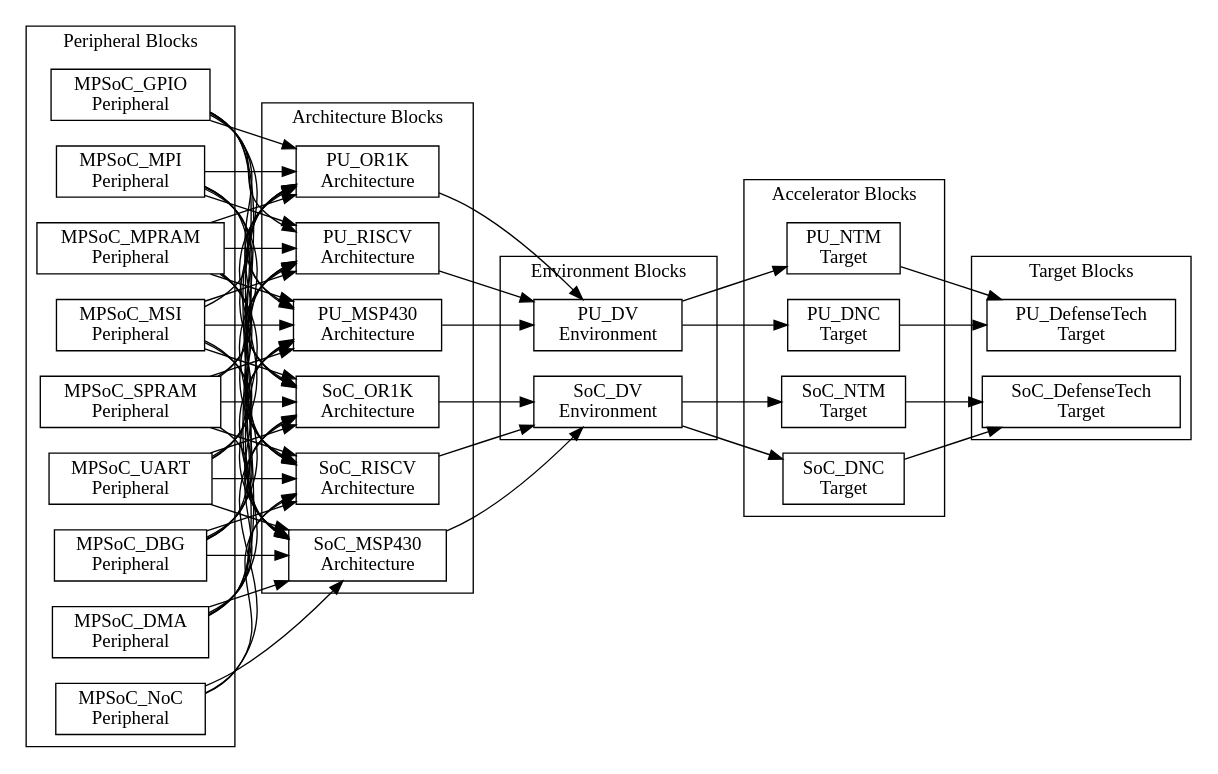
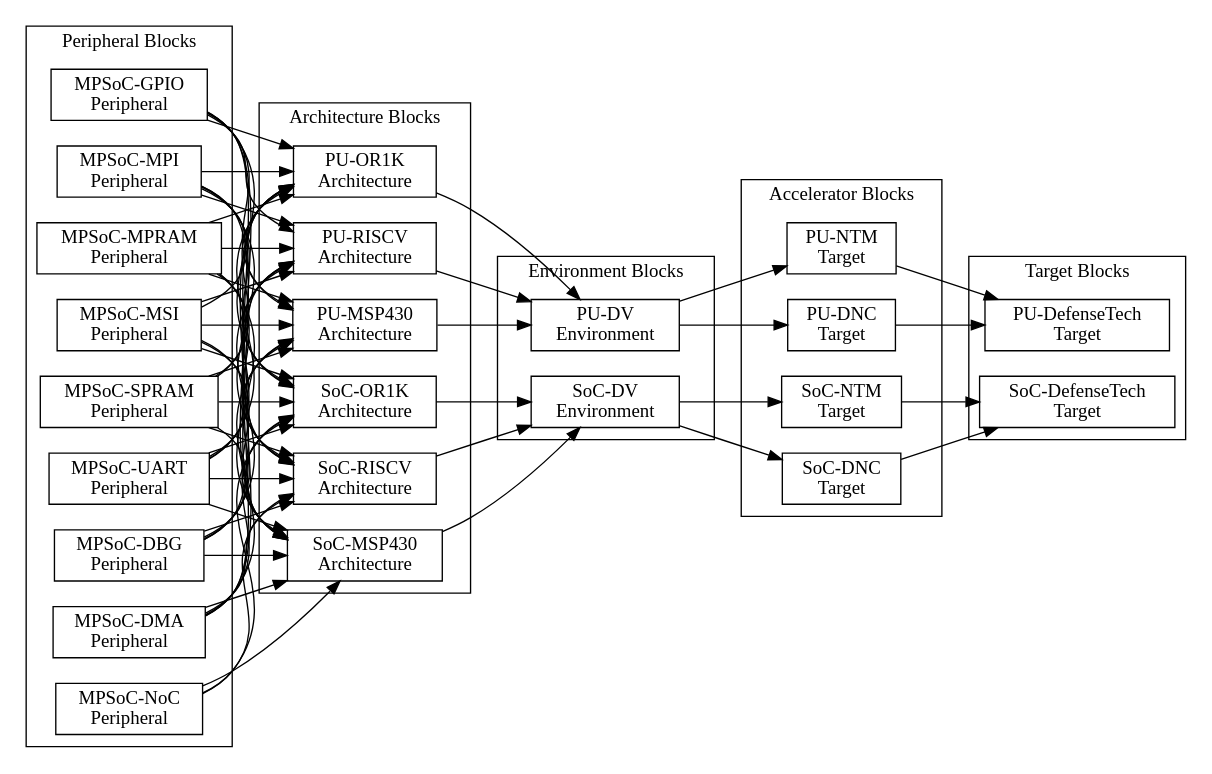
Before and after one commit to PacoReinaCampo/SoC-RTOS: the diagram in doc/acceleration/assets/chapter5/dependences-soc-defensetech.dot, drawn with Graphviz. The commit also changed 57 other files, not shown here.

```diff
--- a/doc/acceleration/assets/chapter5/dependences-soc-defensetech.dot
+++ b/doc/acceleration/assets/chapter5/dependences-soc-defensetech.dot
@@ -1,132 +1,132 @@
 digraph Project {
   // Introduction
   graph [rankdir = LR];
   node[shape=record];
 
   // Peripheral Blocks
   subgraph "cluster PeripheralBlocks" { label = "Peripheral Blocks";
-    MPSoC_DBG[label="MPSoC_DBG \nPeripheral"];
-    MPSoC_DMA[label="MPSoC_DMA \nPeripheral"];
-    MPSoC_GPIO[label="MPSoC_GPIO \nPeripheral"];
-    MPSoC_MPI[label="MPSoC_MPI \nPeripheral"];
-    MPSoC_MPRAM[label="MPSoC_MPRAM \nPeripheral"];
-    MPSoC_MSI[label="MPSoC_MSI \nPeripheral"];
-    MPSoC_NoC[label="MPSoC_NoC \nPeripheral"];
-    MPSoC_SPRAM[label="MPSoC_SPRAM \nPeripheral"];
-    MPSoC_UART[label="MPSoC_UART \nPeripheral"];
+    MPSoC_DBG[label="MPSoC-DBG \nPeripheral"];
+    MPSoC_DMA[label="MPSoC-DMA \nPeripheral"];
+    MPSoC_GPIO[label="MPSoC-GPIO \nPeripheral"];
+    MPSoC_MPI[label="MPSoC-MPI \nPeripheral"];
+    MPSoC_MPRAM[label="MPSoC-MPRAM \nPeripheral"];
+    MPSoC_MSI[label="MPSoC-MSI \nPeripheral"];
+    MPSoC_NoC[label="MPSoC-NoC \nPeripheral"];
+    MPSoC_SPRAM[label="MPSoC-SPRAM \nPeripheral"];
+    MPSoC_UART[label="MPSoC-UART \nPeripheral"];
   }
 
   // Architecture Blocks
   subgraph "cluster ArchitectureBlocks" { label = "Architecture Blocks";
-    SoC_MSP430[label="SoC_MSP430 \nArchitecture"];
-    SoC_OR1K[label="SoC_OR1K \nArchitecture"];
-    SoC_RISCV[label="SoC_RISCV \nArchitecture"];
-    PU_MSP430[label="PU_MSP430 \nArchitecture"];
-    PU_OR1K[label="PU_OR1K \nArchitecture"];
-    PU_RISCV[label="PU_RISCV \nArchitecture"];
+    SoC_MSP430[label="SoC-MSP430 \nArchitecture"];
+    SoC_OR1K[label="SoC-OR1K \nArchitecture"];
+    SoC_RISCV[label="SoC-RISCV \nArchitecture"];
+    PU_MSP430[label="PU-MSP430 \nArchitecture"];
+    PU_OR1K[label="PU-OR1K \nArchitecture"];
+    PU_RISCV[label="PU-RISCV \nArchitecture"];
   }
 
   // Environment Blocks
   subgraph "cluster EnvironmentBlocks" { label = "Environment Blocks";
-    SoC_DV[label="SoC_DV \nEnvironment"];
-    PU_DV[label="PU_DV \nEnvironment"];
+    SoC_DV[label="SoC-DV \nEnvironment"];
+    PU_DV[label="PU-DV \nEnvironment"];
   }
 
   // Accelerator Blocks
   subgraph "cluster AcceleratorBlocks" { label = "Accelerator Blocks";
-    SoC_NTM[label="SoC_NTM \nTarget"];
-    PU_NTM[label="PU_NTM \nTarget"];
+    SoC_NTM[label="SoC-NTM \nTarget"];
+    PU_NTM[label="PU-NTM \nTarget"];
   
-  SoC_DNC[label="SoC_DNC \nTarget"];
-    PU_DNC[label="PU_DNC \nTarget"];
+  SoC_DNC[label="SoC-DNC \nTarget"];
+    PU_DNC[label="PU-DNC \nTarget"];
   }
 
   // Target Blocks
   subgraph "cluster TargetBlocks" { label = "Target Blocks";
-    SoC_DefenseTech[label="SoC_DefenseTech \nTarget"];
-    PU_DefenseTech[label="PU_DefenseTech \nTarget"];
+    SoC_DefenseTech[label="SoC-DefenseTech \nTarget"];
+    PU_DefenseTech[label="PU-DefenseTech \nTarget"];
   }
 
   // Peripheral -> Architecture
   MPSoC_DBG -> SoC_MSP430;
   MPSoC_DMA -> SoC_MSP430;
   MPSoC_GPIO -> SoC_MSP430;
   MPSoC_MPI -> SoC_MSP430;
   MPSoC_MPRAM -> SoC_MSP430;
   MPSoC_MSI -> SoC_MSP430;
   MPSoC_NoC -> SoC_MSP430;
   MPSoC_SPRAM -> SoC_MSP430;
   MPSoC_UART -> SoC_MSP430;
 
   MPSoC_DBG -> PU_MSP430;
   MPSoC_DMA -> PU_MSP430;
   MPSoC_GPIO -> PU_MSP430;
   MPSoC_MPI -> PU_MSP430;
   MPSoC_MPRAM -> PU_MSP430;
   MPSoC_MSI -> PU_MSP430;
   MPSoC_SPRAM -> PU_MSP430;
   MPSoC_UART -> PU_MSP430;
 
 
   MPSoC_DBG -> SoC_OR1K;
   MPSoC_DMA -> SoC_OR1K;
   MPSoC_GPIO -> SoC_OR1K;
   MPSoC_MPI -> SoC_OR1K;
   MPSoC_MPRAM -> SoC_OR1K;
   MPSoC_MSI -> SoC_OR1K;
   MPSoC_NoC -> SoC_OR1K;
   MPSoC_SPRAM -> SoC_OR1K;
   MPSoC_UART -> SoC_OR1K;
 
   MPSoC_DBG -> PU_OR1K;
   MPSoC_DMA -> PU_OR1K;
   MPSoC_GPIO -> PU_OR1K;
   MPSoC_MPI -> PU_OR1K;
   MPSoC_MPRAM -> PU_OR1K;
   MPSoC_MSI -> PU_OR1K;
   MPSoC_SPRAM -> PU_OR1K;
   MPSoC_UART -> PU_OR1K;
 
 
   MPSoC_DBG -> SoC_RISCV;
   MPSoC_DMA -> SoC_RISCV;
   MPSoC_GPIO -> SoC_RISCV;
   MPSoC_MPI -> SoC_RISCV;
   MPSoC_MPRAM -> SoC_RISCV;
   MPSoC_MSI -> SoC_RISCV;
   MPSoC_NoC -> SoC_RISCV;
   MPSoC_SPRAM -> SoC_RISCV;
   MPSoC_UART -> SoC_RISCV;
 
   MPSoC_DBG -> PU_RISCV;
   MPSoC_DMA -> PU_RISCV;
   MPSoC_GPIO -> PU_RISCV;
   MPSoC_MPI -> PU_RISCV;
   MPSoC_MPRAM -> PU_RISCV;
   MPSoC_MSI -> PU_RISCV;
   MPSoC_SPRAM -> PU_RISCV;
   MPSoC_UART -> PU_RISCV;
 
   // Architecture -> Environment
   PU_MSP430 -> PU_DV;
   PU_OR1K -> PU_DV;
   PU_RISCV -> PU_DV;
 
   SoC_MSP430 -> SoC_DV;
   SoC_OR1K -> SoC_DV;
   SoC_RISCV -> SoC_DV;
 
   // Environment -> Accelerator
   PU_DV -> PU_NTM;
   PU_DV -> PU_DNC;
 
   SoC_DV -> SoC_NTM;
   SoC_DV -> SoC_DNC;
 
   // Accelerator -> Target
   PU_NTM -> PU_DefenseTech;
   PU_DNC -> PU_DefenseTech;
 
   SoC_NTM -> SoC_DefenseTech;
   SoC_DNC -> SoC_DefenseTech;
 }
```
